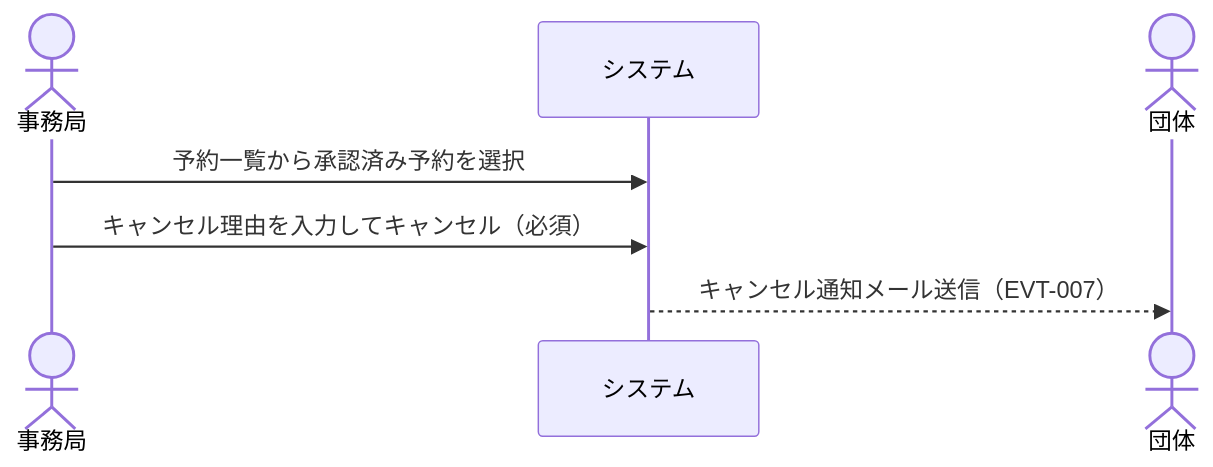
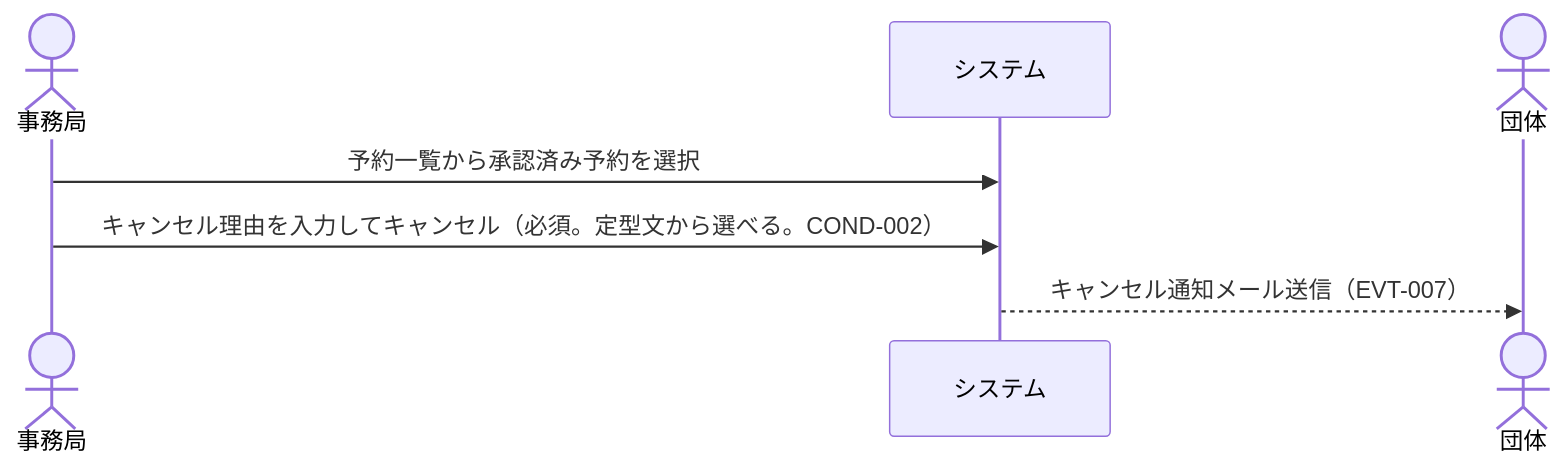
The third of 6 diagrams in rdra/contexts/reservation-approval.md (gdsc-osaka/iclub-reserve), drawn with Mermaid before and after one commit. The commit also changed other lines of this file and 2 other files, not shown here.

````diff
--- a/rdra/contexts/reservation-approval.md
+++ b/rdra/contexts/reservation-approval.md
@@ -330,10 +330,10 @@
 ```mermaid
 sequenceDiagram
     actor 事務局
     participant システム
     actor 団体
 
     事務局->>システム: 予約一覧から承認済み予約を選択
-    事務局->>システム: キャンセル理由を入力してキャンセル（必須）
+    事務局->>システム: キャンセル理由を入力してキャンセル（必須。定型文から選べる。COND-002）
     システム-->>団体: キャンセル通知メール送信（EVT-007）
 ```
````
